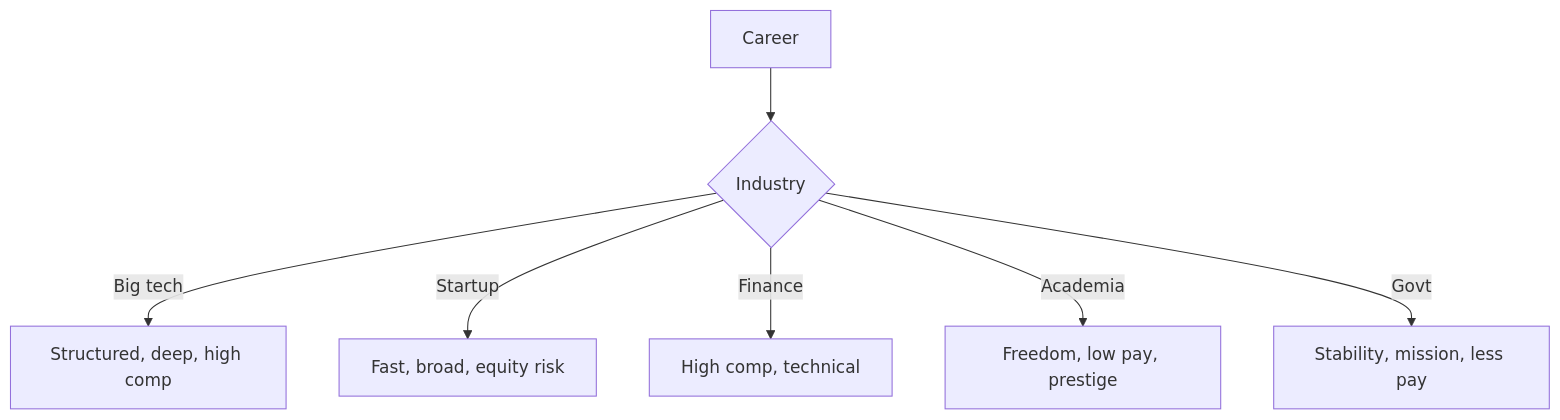
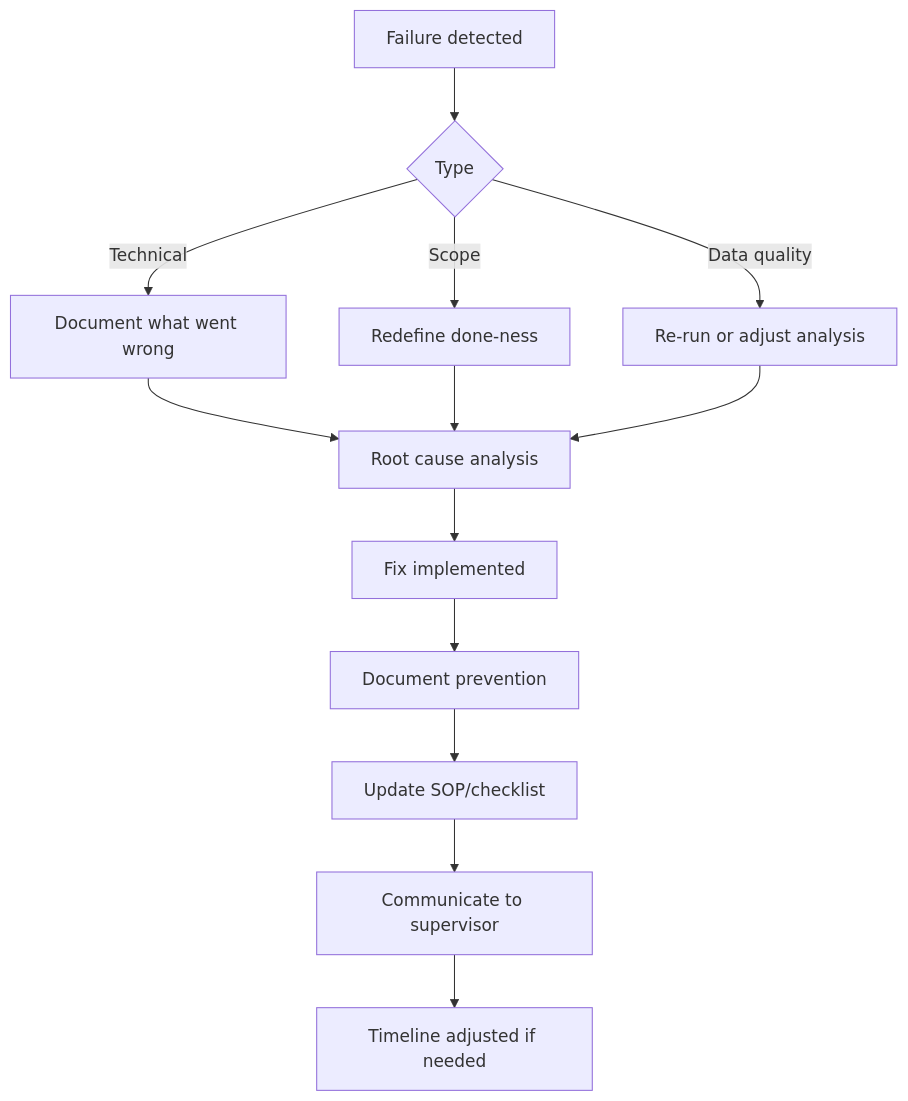
Before and after one commit to yip-lgtm/PhysicsSelfStudy: the ninth of 9 diagrams in 01_BSc_Physics/electives/PHYS_3060_Physics_Internship/README.md, drawn with Mermaid. The commit also changed other lines of this file and 4 other files, not shown here.

````diff
--- a/01_BSc_Physics/electives/PHYS_3060_Physics_Internship/README.md
+++ b/01_BSc_Physics/electives/PHYS_3060_Physics_Internship/README.md
@@ -169,9 +643,15 @@
 ```mermaid
 graph TD
-    A[Career] --> B{Industry}
-    B -->|Big tech| C[Structured, deep, high comp]
-    B -->|Startup| D[Fast, broad, equity risk]
-    B -->|Finance| E[High comp, technical]
-    B -->|Academia| F[Freedom, low pay, prestige]
-    B -->|Govt| G[Stability, mission, less pay]
+    A[Failure detected] --> B{Type}
+    B -->|Technical| C[Document what went wrong]
+    B -->|Scope| D[Redefine done-ness]
+    B -->|Data quality| E[Re-run or adjust analysis]
+    C --> F[Root cause analysis]
+    D --> F
+    E --> F
+    F --> G[Fix implemented]
+    G --> H[Document prevention]
+    H --> I[Update SOP/checklist]
+    I --> J[Communicate to supervisor]
+    J --> K[Timeline adjusted if needed]
 ```
````
